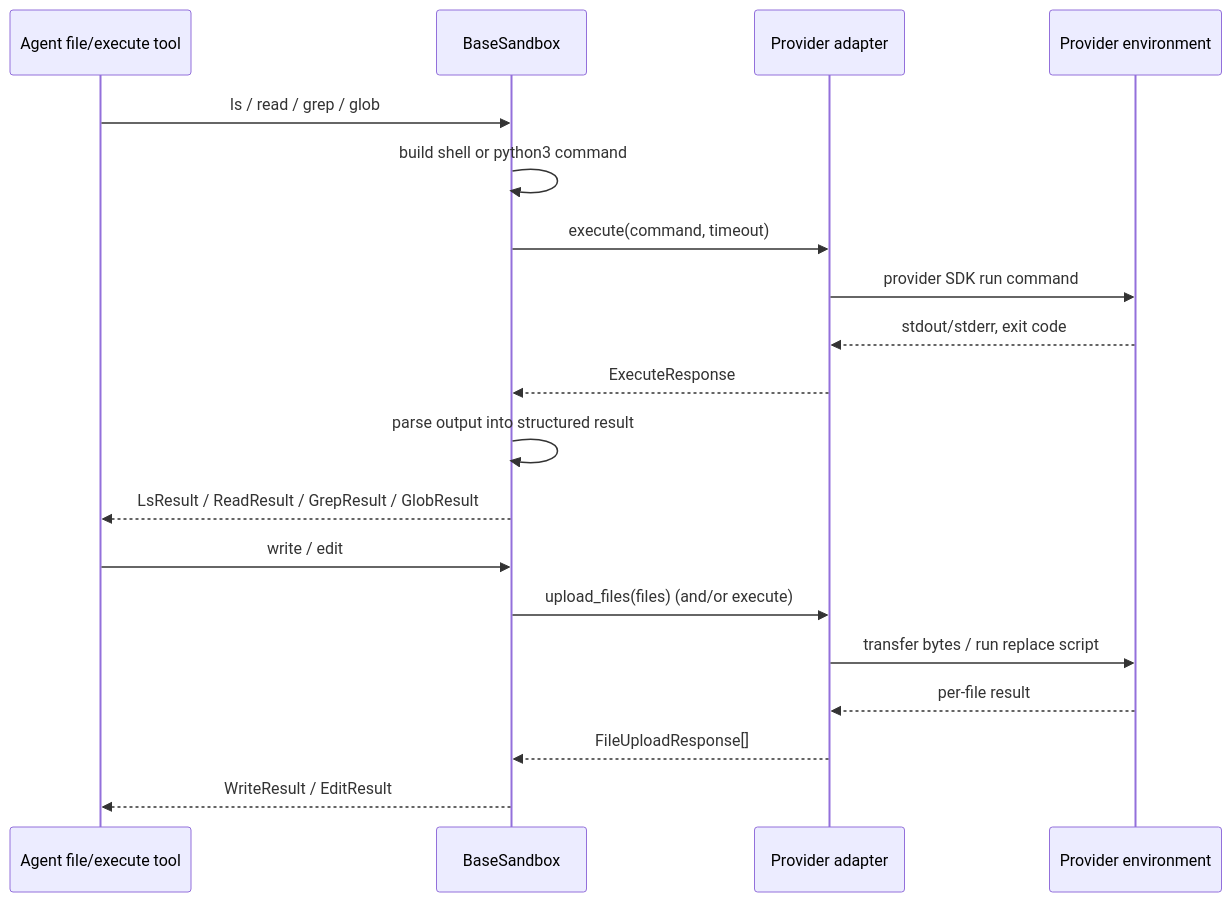
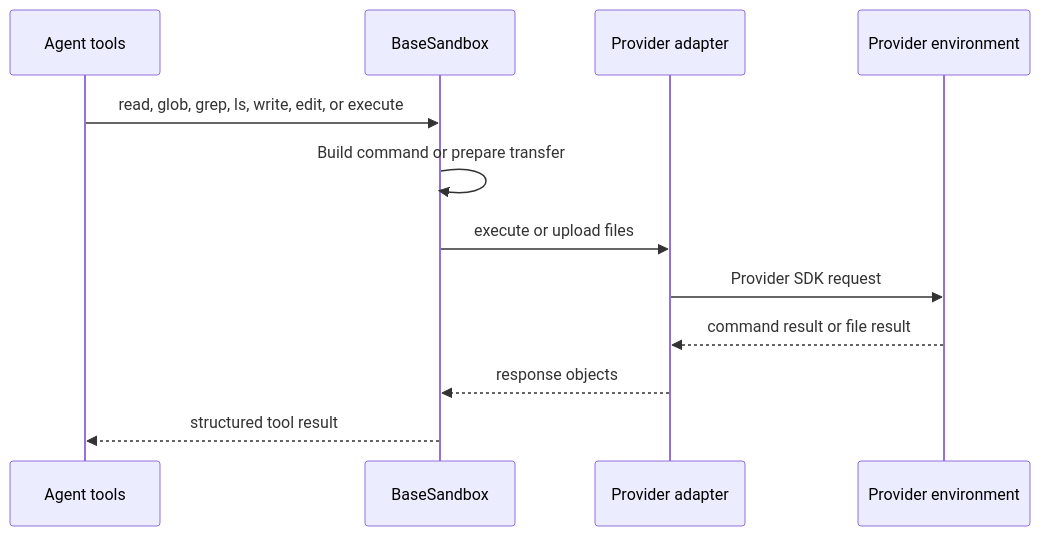
The first of 2 diagrams in openwiki/integrations/sandbox-partners.md (langchain-ai/deepagents), drawn with Mermaid before and after one commit. The commit also changed other lines of this file and 63 other files, not shown here.

````diff
--- a/openwiki/integrations/sandbox-partners.md
+++ b/openwiki/integrations/sandbox-partners.md
@@ -96,23 +57,15 @@
 ```mermaid
 sequenceDiagram
-    participant Tool as Agent file/execute tool
+    participant Agent as Agent tools
     participant Base as BaseSandbox
-    participant Sub as Provider adapter
-    participant Prov as Provider environment
+    participant Adapter as Provider adapter
+    participant Env as Provider environment
 
-    Tool->>Base: ls / read / grep / glob
-    Base->>Base: build shell or python3 command
-    Base->>Sub: execute(command, timeout)
-    Sub->>Prov: provider SDK run command
-    Prov-->>Sub: stdout/stderr, exit code
-    Sub-->>Base: ExecuteResponse
-    Base->>Base: parse output into structured result
-    Base-->>Tool: LsResult / ReadResult / GrepResult / GlobResult
-
-    Tool->>Base: write / edit
-    Base->>Sub: upload_files(files) (and/or execute)
-    Sub->>Prov: transfer bytes / run replace script
-    Prov-->>Sub: per-file result
-    Sub-->>Base: FileUploadResponse[]
-    Base-->>Tool: WriteResult / EditResult
+    Agent->>Base: read, glob, grep, ls, write, edit, or execute
+    Base->>Base: Build command or prepare transfer
+    Base->>Adapter: execute or upload files
+    Adapter->>Env: Provider SDK request
+    Env-->>Adapter: command result or file result
+    Adapter-->>Base: response objects
+    Base-->>Agent: structured tool result
 ```
````
